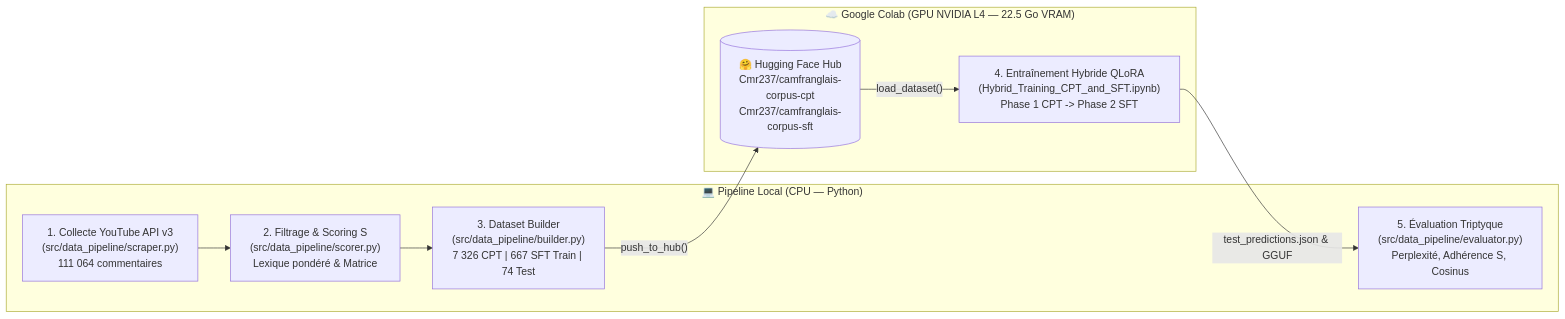
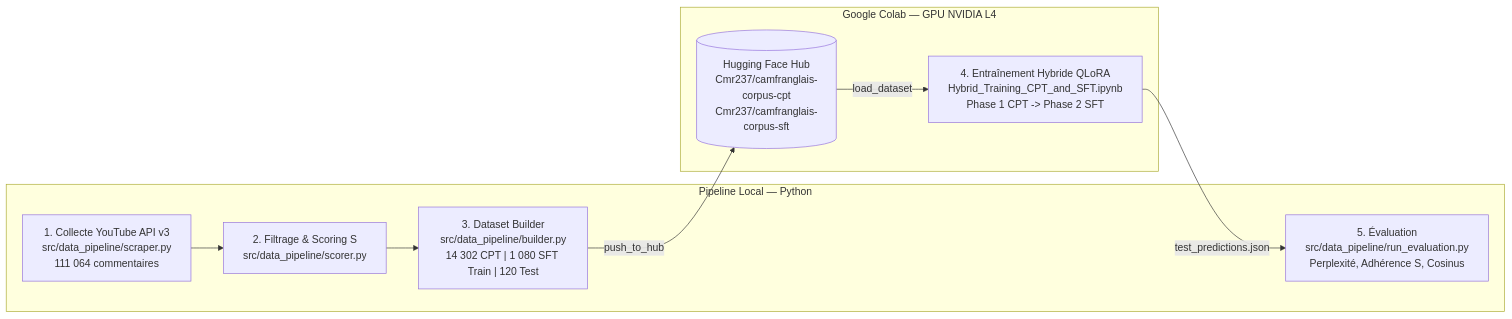
The diagram in README.md (darylbdr/CameroonianLLM), drawn with Mermaid before and after one commit. The commit also changed other lines of this file and 1 other file, not shown here.

````diff
--- a/README.md
+++ b/README.md
@@ -13,13 +11,13 @@
 ```mermaid
 flowchart LR
-    subgraph LocalPC ["💻 Pipeline Local (CPU — Python)"]
-        A["1. Collecte YouTube API v3<br/>(src/data_pipeline/scraper.py)<br/>111 064 commentaires"] --> B["2. Filtrage & Scoring S<br/>(src/data_pipeline/scorer.py)<br/>Lexique pondéré & Matrice"]
-        B --> C["3. Dataset Builder<br/>(src/data_pipeline/builder.py)<br/>7 326 CPT | 667 SFT Train | 74 Test"]
-        E["5. Évaluation Triptyque<br/>(src/data_pipeline/evaluator.py)<br/>Perplexité, Adhérence S, Cosinus"]
+    subgraph LocalPC ["Pipeline Local — Python"]
+        A["1. Collecte YouTube API v3<br/>src/data_pipeline/scraper.py<br/>111 064 commentaires"] --> B["2. Filtrage & Scoring S<br/>src/data_pipeline/scorer.py"]
+        B --> C["3. Dataset Builder<br/>src/data_pipeline/builder.py<br/>14 302 CPT | 1 080 SFT Train | 120 Test"]
+        E["5. Évaluation<br/>src/data_pipeline/run_evaluation.py<br/>Perplexité, Adhérence S, Cosinus"]
     end
-    C -->|"push_to_hub()"| HF[("🤗 Hugging Face Hub<br/>Cmr237/camfranglais-corpus-cpt<br/>Cmr237/camfranglais-corpus-sft")]
-    subgraph ColabGPU ["☁️ Google Colab (GPU NVIDIA L4 — 22.5 Go VRAM)"]
-        HF -->|"load_dataset()"| D["4. Entraînement Hybride QLoRA<br/>(Hybrid_Training_CPT_and_SFT.ipynb)<br/>Phase 1 CPT -> Phase 2 SFT"]
+    C -->|"push_to_hub"| HF[("Hugging Face Hub<br/>Cmr237/camfranglais-corpus-cpt<br/>Cmr237/camfranglais-corpus-sft")]
+    subgraph ColabGPU ["Google Colab — GPU NVIDIA L4"]
+        HF -->|"load_dataset"| D["4. Entraînement Hybride QLoRA<br/>Hybrid_Training_CPT_and_SFT.ipynb<br/>Phase 1 CPT -> Phase 2 SFT"]
     end
-    D -->|"test_predictions.json & GGUF"| E
+    D -->|"test_predictions.json"| E
 ```
````
